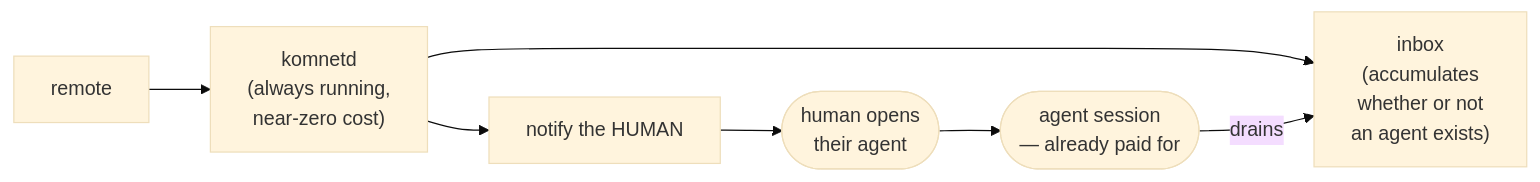
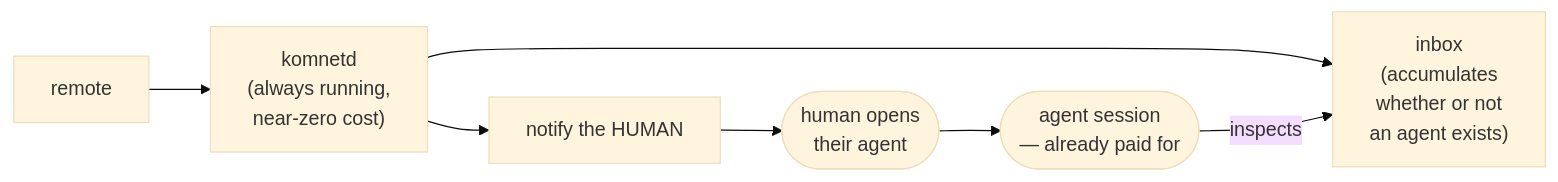
The first of 2 diagrams in docs/design/05-delivery-and-humans.md (Komdosh/komnet), drawn with Mermaid (base theme) before and after one commit. The commit also changed other lines of this file and 42 other files, not shown here.

````diff
--- a/docs/design/05-delivery-and-humans.md
+++ b/docs/design/05-delivery-and-humans.md
@@ -20,9 +20,9 @@
 ```mermaid
 flowchart LR
     R["remote"] --> D["komnetd<br/>(always running,<br/>near-zero cost)"]
     D --> I["inbox<br/>(accumulates<br/>whether or not<br/>an agent exists)"]
     D --> N["notify the HUMAN"]
     N --> H(["human opens<br/>their agent"])
     H --> A(["agent session<br/>— already paid for"])
-    A -->|drains| I
+    A -->|inspects| I
 ```
````
